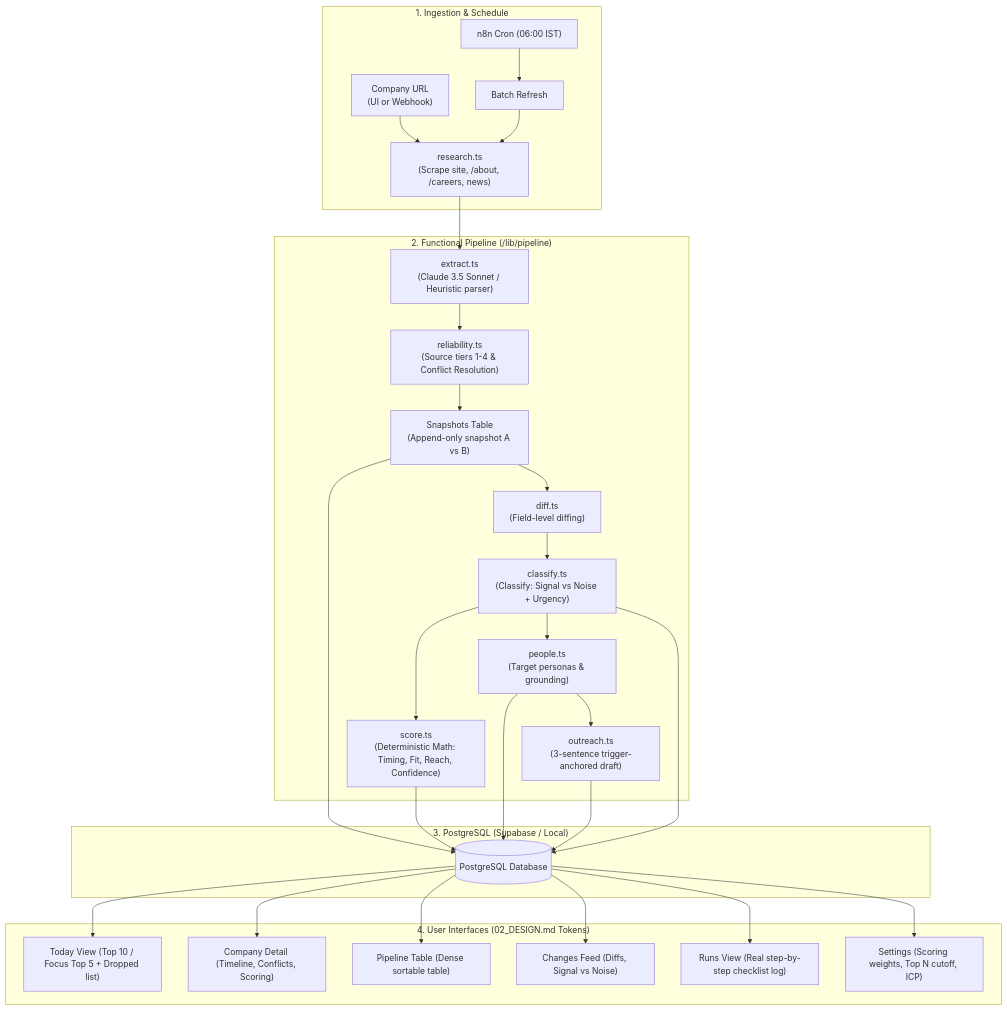
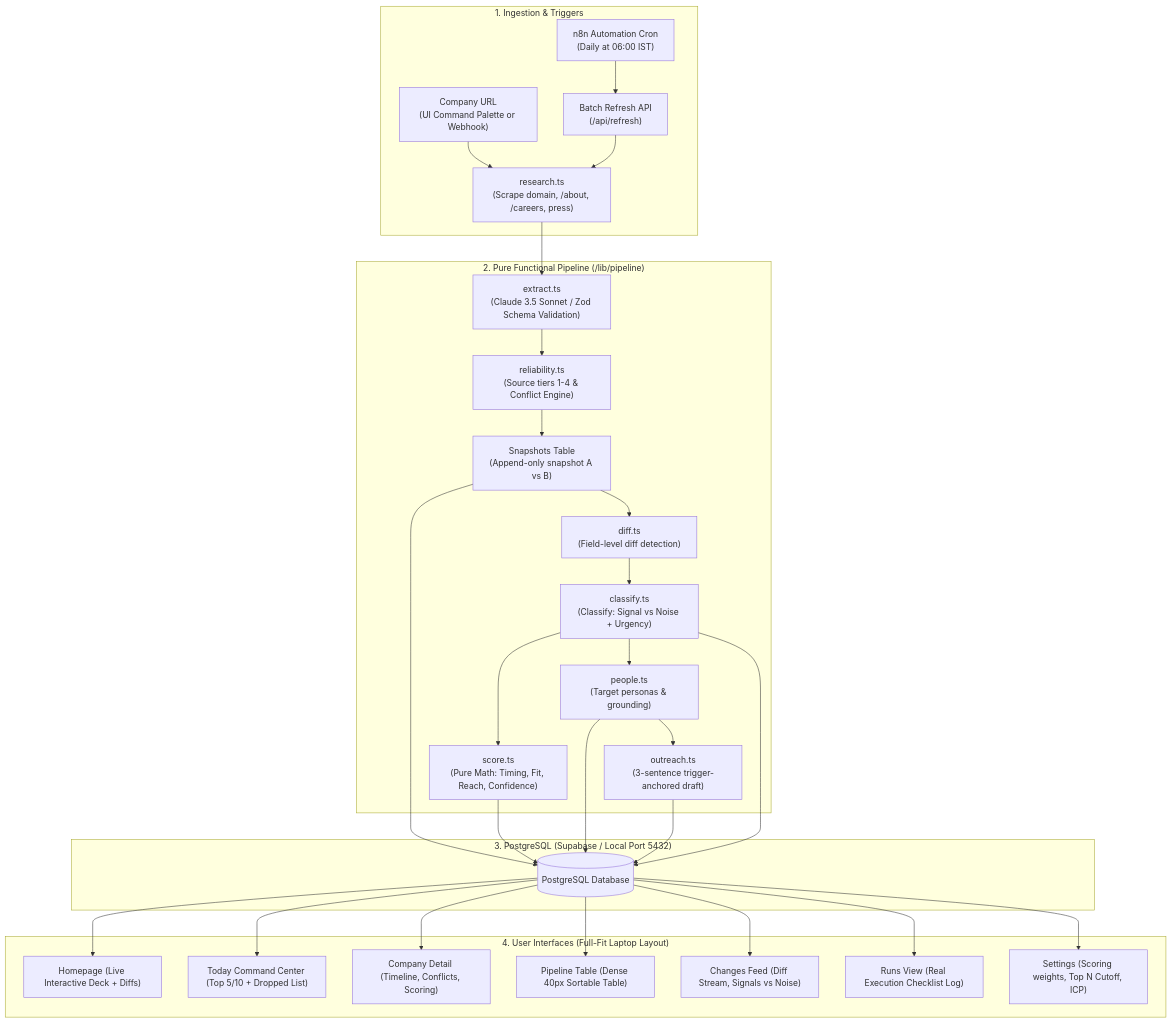
One commit to abhinav6868/nextmove changed the diagram in README.md. Above: the diagram before and after it, drawn with Mermaid. The commit also changed other lines of this file, not shown here.

Commit message:
docs: write comprehensive README covering all 9 tasks, architecture diagram, scoring math, and deployment instructions

````diff
--- a/README.md
+++ b/README.md
@@ -18,36 +15,37 @@
 ```mermaid
 flowchart TD
-    subgraph Ingestion["1. Ingestion & Schedule"]
-        URL["Company URL\n(UI or Webhook)"] --> Research
-        Cron["n8n Cron (06:00 IST)"] --> Batch["Batch Refresh"]
+    subgraph Ingestion["1. Ingestion & Triggers"]
+        URL["Company URL\n(UI Command Palette or Webhook)"] --> Research
+        Cron["n8n Automation Cron\n(Daily at 06:00 IST)"] --> Batch["Batch Refresh API\n(/api/refresh)"]
         Batch --> Research
     end
 
-    subgraph Pipeline["2. Functional Pipeline (/lib/pipeline)"]
-        Research["research.ts\n(Scrape site, /about, /careers, news)"] --> Extract["extract.ts\n(Claude 3.5 Sonnet / Heuristic parser)"]
-        Extract --> Rel["reliability.ts\n(Source tiers 1-4 & Conflict Resolution)"]
+    subgraph Pipeline["2. Pure Functional Pipeline (/lib/pipeline)"]
+        Research["research.ts\n(Scrape domain, /about, /careers, press)"] --> Extract["extract.ts\n(Claude 3.5 Sonnet / Zod Schema Validation)"]
+        Extract --> Rel["reliability.ts\n(Source tiers 1-4 & Conflict Engine)"]
         Rel --> Snap["Snapshots Table\n(Append-only snapshot A vs B)"]
-        Snap --> Diff["diff.ts\n(Field-level diffing)"]
+        Snap --> Diff["diff.ts\n(Field-level diff detection)"]
         Diff --> Classify["classify.ts\n(Classify: Signal vs Noise + Urgency)"]
-        Classify --> Score["score.ts\n(Deterministic Math: Timing, Fit, Reach, Confidence)"]
+        Classify --> Score["score.ts\n(Pure Math: Timing, Fit, Reach, Confidence)"]
         Classify --> People["people.ts\n(Target personas & grounding)"]
         People --> Outreach["outreach.ts\n(3-sentence trigger-anchored draft)"]
     end
 
-    subgraph Storage["3. PostgreSQL (Supabase / Local)"]
+    subgraph Storage["3. PostgreSQL (Supabase / Local Port 5432)"]
         Snap --> DB[(PostgreSQL Database)]
         Score --> DB
         People --> DB
         Outreach --> DB
         Classify --> DB
     end
 
-    subgraph Views["4. User Interfaces (02_DESIGN.md Tokens)"]
-        DB --> Today["Today View (Top 10 / Focus Top 5 + Dropped list)"]
+    subgraph Views["4. User Interfaces (Full-Fit Laptop Layout)"]
+        DB --> Home["Homepage (Live Interactive Deck + Diffs)"]
+        DB --> Today["Today Command Center (Top 5/10 + Dropped List)"]
         DB --> Company["Company Detail (Timeline, Conflicts, Scoring)"]
-        DB --> PipeView["Pipeline Table (Dense sortable table)"]
-        DB --> Changes["Changes Feed (Diffs, Signal vs Noise)"]
-        DB --> Runs["Runs View (Real step-by-step checklist log)"]
-        DB --> Settings["Settings (Scoring weights, Top N cutoff, ICP)"]
+        DB --> PipeView["Pipeline Table (Dense 40px Sortable Table)"]
+        DB --> Changes["Changes Feed (Diff Stream, Signals vs Noise)"]
+        DB --> Runs["Runs View (Real Execution Checklist Log)"]
+        DB --> Settings["Settings (Scoring weights, Top N Cutoff, ICP)"]
     end
 ```
````
